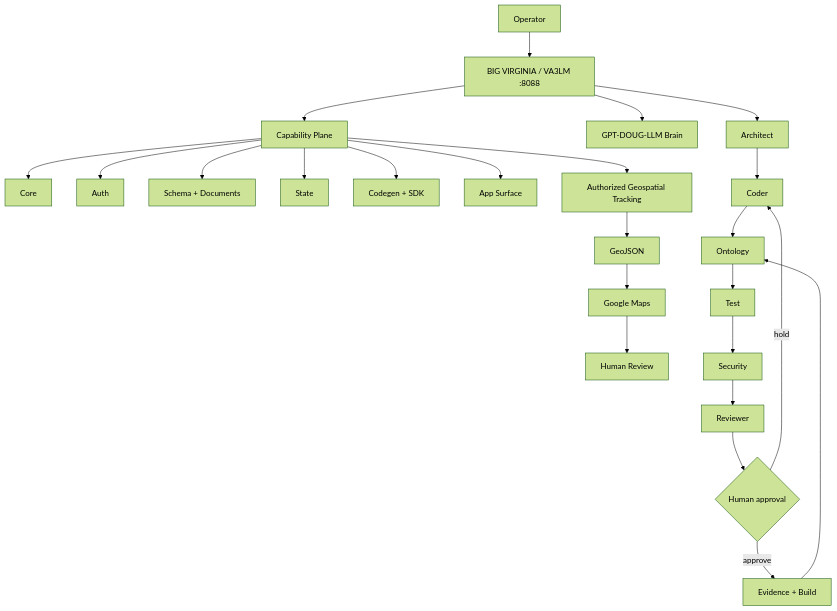
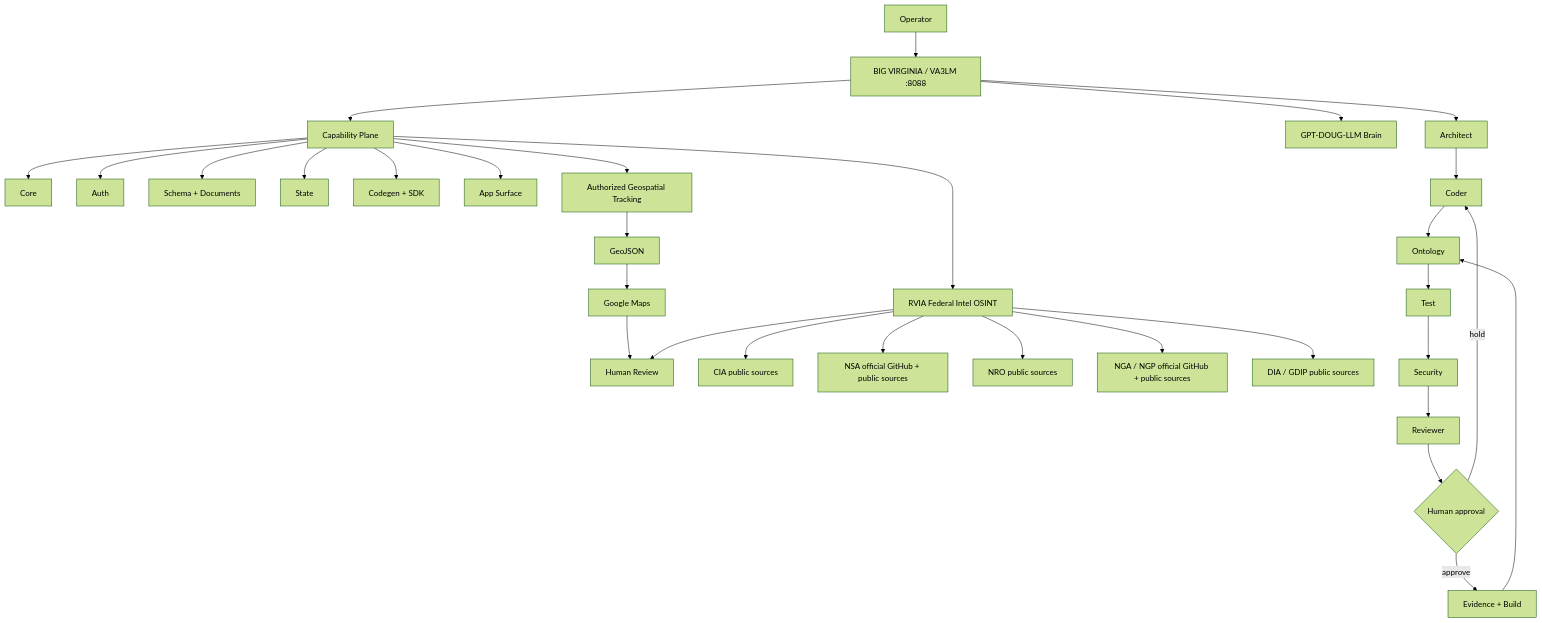
The diagram in va3lm/README.md (sonoxo/gpt-doug-llm), drawn with Mermaid (forest theme) before and after one commit. The commit also changed other lines of this file, not shown here.

Commit message:
Document RVIA federal intel integration in VA3LM

````diff
--- a/va3lm/README.md
+++ b/va3lm/README.md
@@ -100,26 +127,33 @@
 ```mermaid
 flowchart TD
     U[Operator] --> C[BIG VIRGINIA / VA3LM :8088]
     C --> P[Capability Plane]
     P --> PC[Core]
     P --> PA[Auth]
     P --> PS[Schema + Documents]
     P --> PST[State]
     P --> PG[Codegen + SDK]
     P --> APP[App Surface]
     P --> GEO[Authorized Geospatial Tracking]
     GEO --> GJ[GeoJSON]
     GJ --> GM[Google Maps]
     GM --> HR[Human Review]
+    P --> FI[RVIA Federal Intel OSINT]
+    FI --> CIA[CIA public sources]
+    FI --> NSA[NSA official GitHub + public sources]
+    FI --> NRO[NRO public sources]
+    FI --> NGA[NGA / NGP official GitHub + public sources]
+    FI --> DIA[DIA / GDIP public sources]
+    FI --> HR
     C --> B[GPT-DOUG-LLM Brain]
     C --> A[Architect]
     A --> D[Coder]
     D --> O[Ontology]
     O --> T[Test]
     T --> S[Security]
     S --> R[Reviewer]
     R --> G{Human approval}
     G -->|approve| E[Evidence + Build]
     G -->|hold| D
     E --> O
 ```
````
